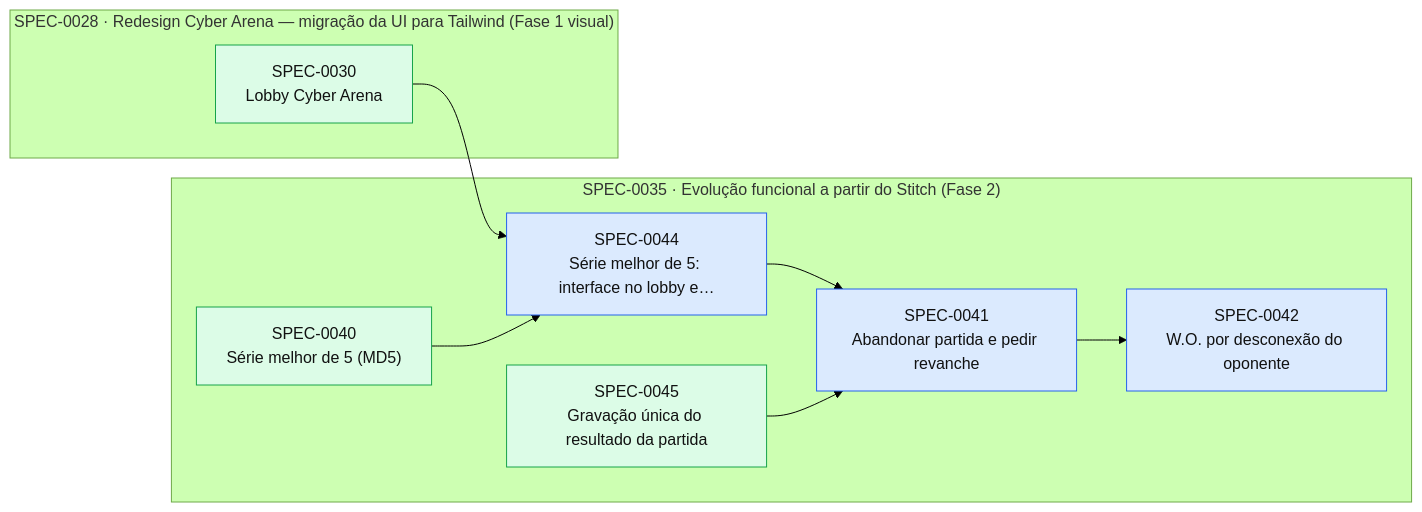
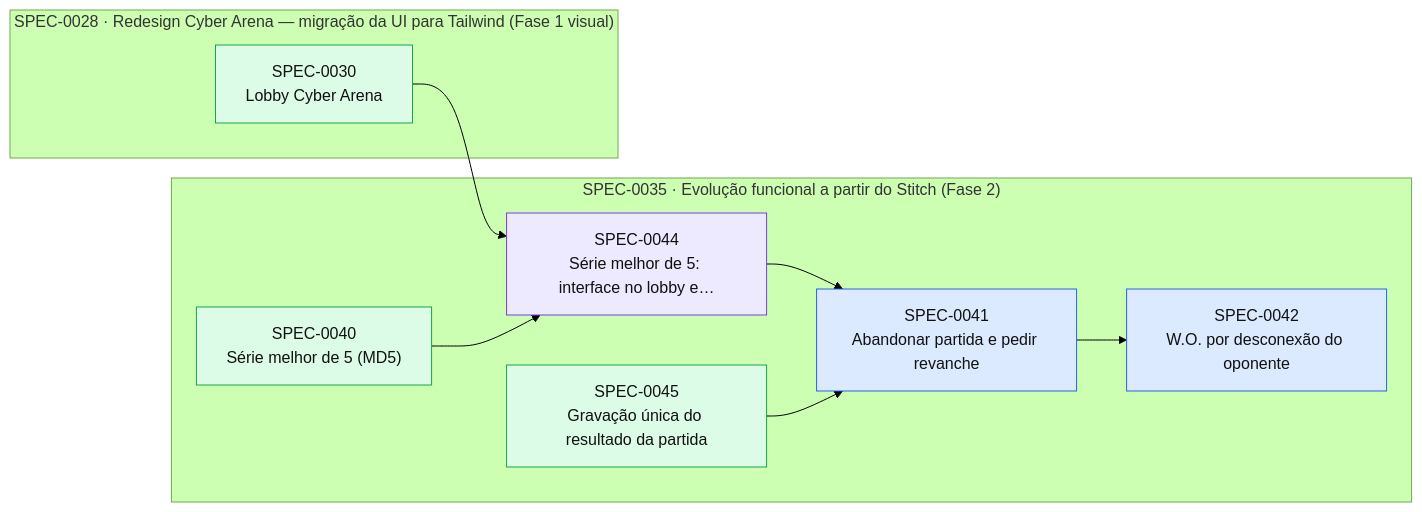
The diagram in docs/specs/INDEX.md (thomasravache/jogo-da-velha-multiplayer), drawn with Mermaid (forest theme) before and after one commit. The commit also changed other lines of this file and 1 other file, not shown here.

First line of the commit message:
docs(specs): registrar gates G1-G4 da SPEC-0044

````diff
--- a/docs/specs/INDEX.md
+++ b/docs/specs/INDEX.md
@@ -38,23 +38,23 @@
 ```mermaid
 flowchart LR
   subgraph E0028["SPEC-0028 · Redesign Cyber Arena — migração da UI para Tailwind (Fase 1 visual)"]
     S0030["SPEC-0030<br/>Lobby Cyber Arena"]:::implemented
   end
   subgraph E0035["SPEC-0035 · Evolução funcional a partir do Stitch (Fase 2)"]
     S0040["SPEC-0040<br/>Série melhor de 5 (MD5)"]:::implemented
     S0041["SPEC-0041<br/>Abandonar partida e pedir revanche"]:::approved
     S0042["SPEC-0042<br/>W.O. por desconexão do oponente"]:::approved
-    S0044["SPEC-0044<br/>Série melhor de 5: interface no lobby e…"]:::approved
+    S0044["SPEC-0044<br/>Série melhor de 5: interface no lobby e…"]:::inprogress
     S0045["SPEC-0045<br/>Gravação única do resultado da partida"]:::implemented
   end
   S0044 --> S0041
   S0045 --> S0041
   S0041 --> S0042
   S0030 --> S0044
   S0040 --> S0044
   classDef proposed fill:#fef3c7,stroke:#d97706,color:#111
   classDef approved fill:#dbeafe,stroke:#2563eb,color:#111
   classDef inprogress fill:#ede9fe,stroke:#7c3aed,color:#111
   classDef implemented fill:#dcfce7,stroke:#16a34a,color:#111
   classDef deprecated fill:#f3f4f6,stroke:#9ca3af,color:#6b7280
 ```
````
